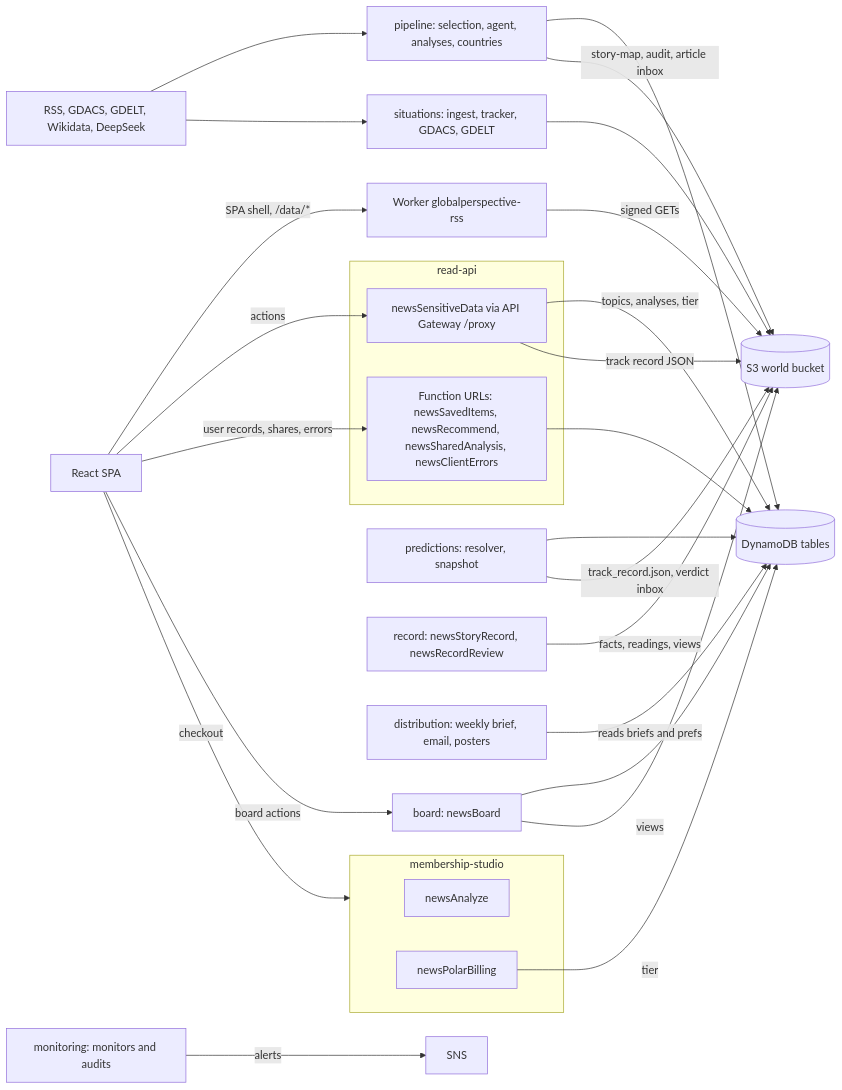
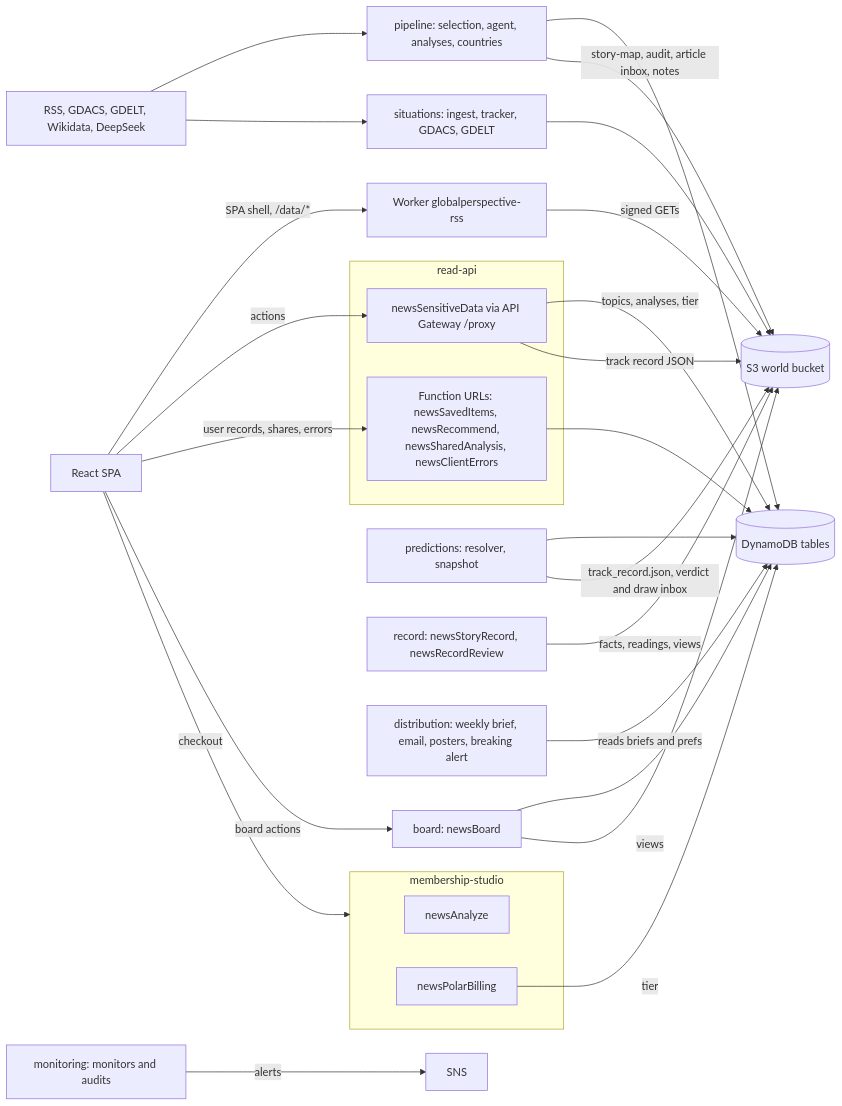
Before and after one commit to BenBen05059997/globalPerspective-v1: the second of 7 diagrams in project-docs/architecture/ARCHITECTURE.md, drawn with Mermaid. The commit also changed other lines of this file, not shown here.

First line of the commit message:
ARCHITECTURE.md rewritten whole for the system as of 2026-10-31: record, refresh schedules, notes writers, briefs, economy gone

````diff
--- a/project-docs/architecture/ARCHITECTURE.md
+++ b/project-docs/architecture/ARCHITECTURE.md
@@ -49,45 +53,45 @@
 ```mermaid
 flowchart LR
   spa[React SPA]
   worker[Worker globalperspective-rss]
   subgraph read[read-api]
     proxy[newsSensitiveData via API Gateway /proxy]
     fn[Function URLs: newsSavedItems, newsRecommend, newsSharedAnalysis, newsClientErrors]
   end
   board[board: newsBoard]
   subgraph member[membership-studio]
     ana[newsAnalyze]
     bill[newsPolarBilling]
   end
   pipe[pipeline: selection, agent, analyses, countries]
   sit[situations: ingest, tracker, GDACS, GDELT]
   pred[predictions: resolver, snapshot]
   rec[record: newsStoryRecord, newsRecordReview]
-  dist[distribution: weekly brief, email, posters]
+  dist[distribution: weekly brief, email, posters, breaking alert]
   mon[monitoring: monitors and audits]
   ddb[(DynamoDB tables)]
   s3[(S3 world bucket)]
   ext[RSS, GDACS, GDELT, Wikidata, DeepSeek]
   spa -->|SPA shell, /data/*| worker
   worker -->|signed GETs| s3
   spa -->|actions| proxy
   spa -->|user records, shares, errors| fn
   spa -->|board actions| board
   spa -->|checkout| member
   proxy -->|topics, analyses, tier| ddb
   proxy -->|track record JSON| s3
   fn --> ddb
   board --> ddb
   board -->|views| s3
   bill -->|tier| ddb
   ext --> pipe
   ext --> sit
   pipe --> ddb
-  pipe -->|story-map, audit, article inbox| s3
+  pipe -->|story-map, audit, article inbox, notes| s3
   sit --> s3
   pred --> ddb
-  pred -->|track_record.json, verdict inbox| s3
+  pred -->|track_record.json, verdict and draw inbox| s3
   rec -->|facts, readings, views| s3
   dist -->|reads briefs and prefs| ddb
   mon -->|alerts| sns[SNS]
 ```
````
